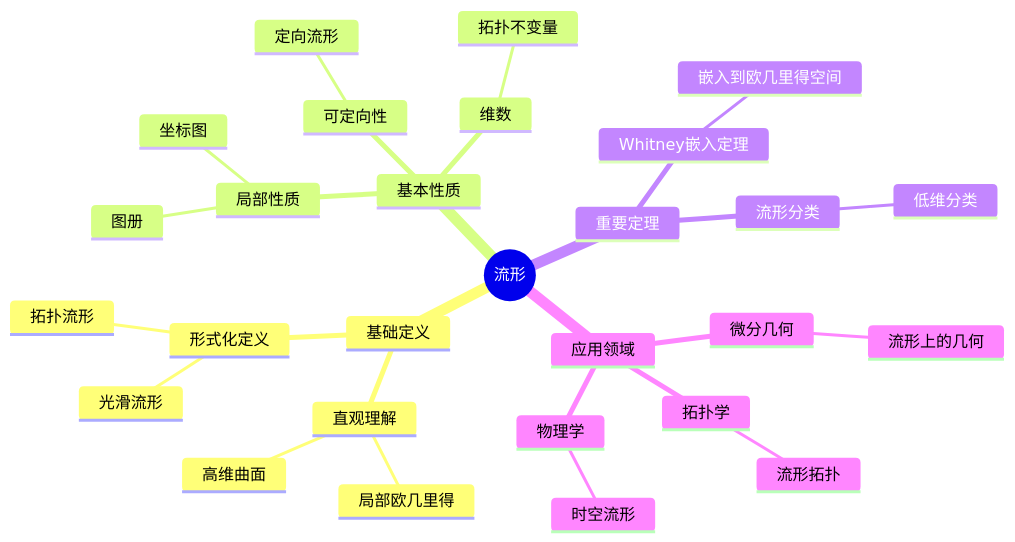
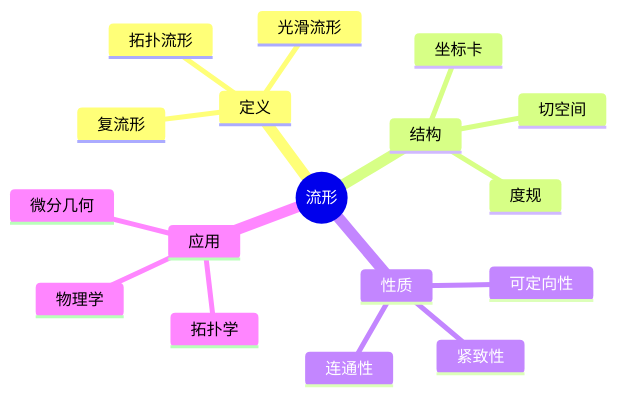
One commit to AdaMartin18010/FormalMath changed the first of 11 diagrams in concept/核心概念/18-流形.md. Above: the diagram before and after it, drawn with Mermaid. The commit also changed other lines of this file and 4793 other files, not shown here.

````diff
--- a/concept/核心概念/18-流形.md
+++ b/concept/核心概念/18-流形.md
@@ -481,31 +1203,20 @@
 ```mermaid
 mindmap
   root((流形))
-    基础定义
-      直观理解
-        局部欧几里得
-        高维曲面
-      形式化定义
-        拓扑流形
-        光滑流形
-    基本性质
-      局部性质
-        坐标图
-        图册
-      维数
-        拓扑不变量
+    定义
+      拓扑流形
+      光滑流形
+      复流形
+    结构
+      坐标卡
+      切空间
+      度规
+    性质
       可定向性
-        定向流形
-    重要定理
-      Whitney嵌入定理
-        嵌入到欧几里得空间
-      流形分类
-        低维分类
-    应用领域
+      紧致性
+      连通性
+    应用
       微分几何
-        流形上的几何
       拓扑学
-        流形拓扑
       物理学
-        时空流形
 ```
````
